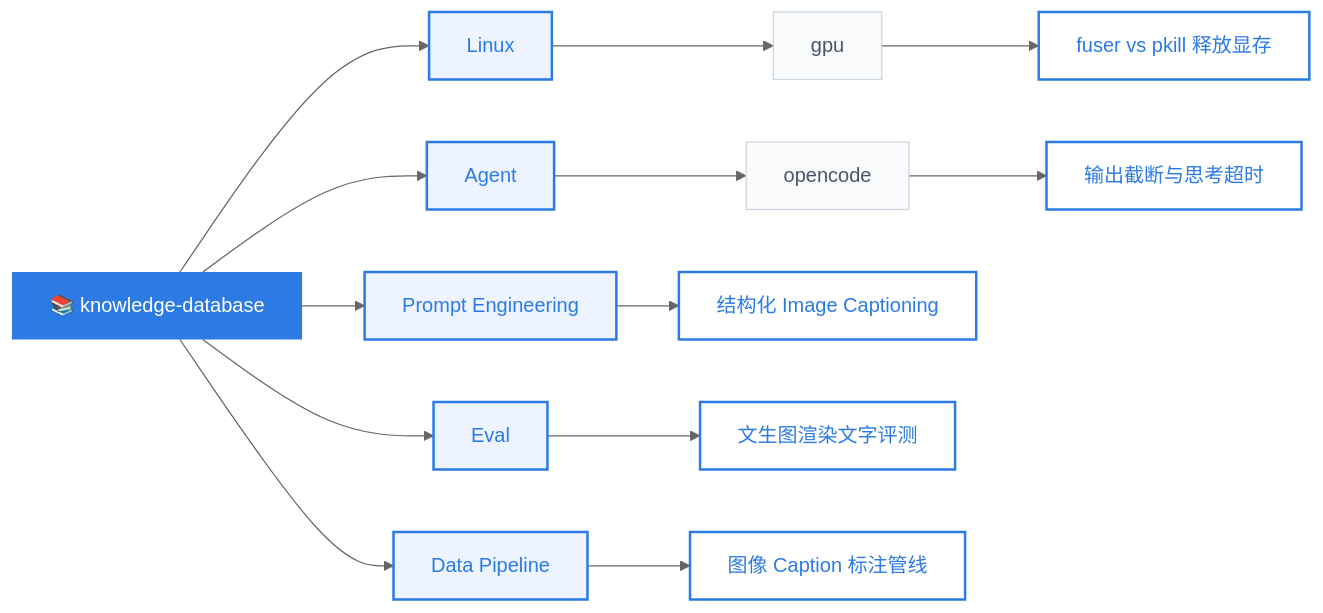
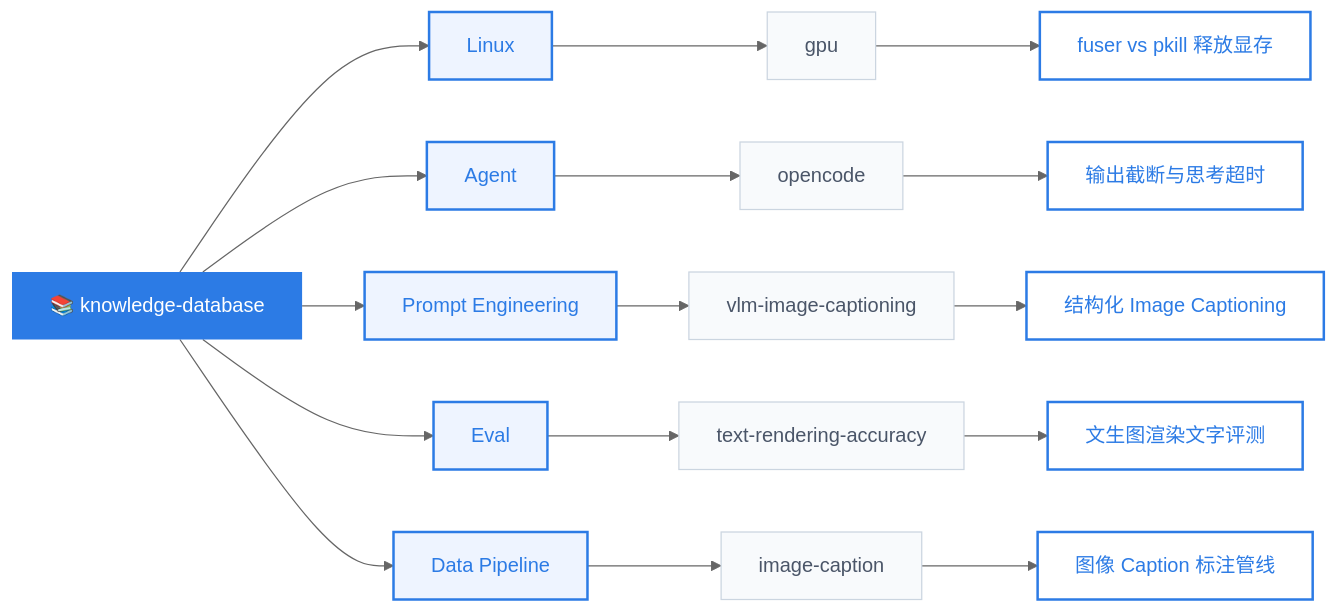
Before and after one commit to caseclose/knowledge-database: the diagram in README.md, drawn with Mermaid (neutral theme). The commit also changed other lines of this file and 4 other files, not shown here.

Commit message:
refactor: 三个大类加二级子目录（vlm-image-captioning / text-rendering-accuracy / image-caption）

````diff
--- a/README.md
+++ b/README.md
@@ -11,36 +11,39 @@
 ```mermaid
 graph LR
     KB["📚 knowledge-database"] --> Linux["Linux"]
     KB --> Agent["Agent"]
     KB --> PE["Prompt Engineering"]
     KB --> Eval["Eval"]
     KB --> DP["Data Pipeline"]
 
     Linux --> GPU["gpu"]
     GPU --> K1["fuser vs pkill 释放显存"]
 
     Agent --> OC["opencode"]
     OC --> K2["输出截断与思考超时"]
 
-    PE --> K3["结构化 Image Captioning"]
+    PE --> PE1["vlm-image-captioning"]
+    PE1 --> K3["结构化 Image Captioning"]
 
-    Eval --> K4["文生图渲染文字评测"]
+    Eval --> EV1["text-rendering-accuracy"]
+    EV1 --> K4["文生图渲染文字评测"]
 
-    DP --> K5["图像 Caption 标注管线"]
+    DP --> DP1["image-caption"]
+    DP1 --> K5["图像 Caption 标注管线"]
 
     classDef root fill:#2c7be5,color:#fff,stroke:none
     classDef category fill:#eef4ff,color:#2c7be5,stroke:#2c7be5,stroke-width:2px
     classDef sub fill:#f8fafc,color:#4a5568,stroke:#cbd5e0,stroke-width:1px
     classDef knowledge fill:#fff,color:#2c7be5,stroke:#2c7be5,stroke-width:2px
 
     class KB root
     class Linux,Agent,PE,Eval,DP category
-    class GPU,OC sub
+    class GPU,OC,PE1,EV1,DP1 sub
     class K1,K2,K3,K4,K5 knowledge
 
     click K1 href "#/linux/gpu/fuser-vs-pkill-release-gpu-memory"
     click K2 href "#/agent/opencode/output-truncation-and-thinking-timeout"
-    click K3 href "#/prompt-engineering/structured-image-captioning"
-    click K4 href "#/eval/text-to-image-render-text-eval"
-    click K5 href "#/data-pipeline/image-caption-annotation-pipeline"
+    click K3 href "#/prompt-engineering/vlm-image-captioning/structured-image-captioning"
+    click K4 href "#/eval/text-rendering-accuracy/text-to-image-render-text-eval"
+    click K5 href "#/data-pipeline/image-caption/image-caption-annotation-pipeline"
 ```
````
